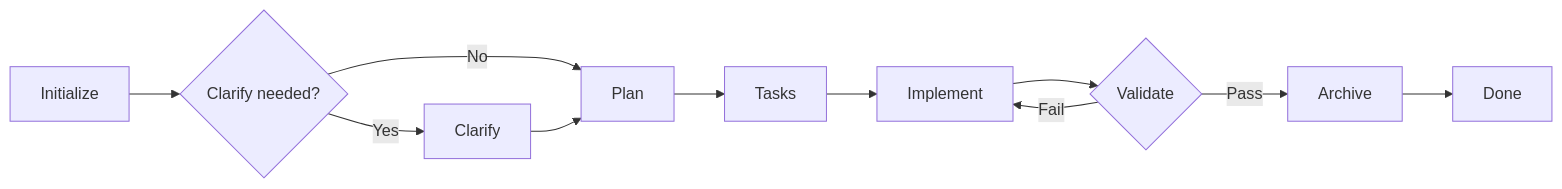
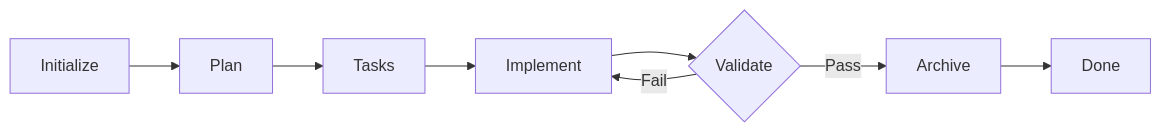
Before and after one commit to adeonir/agent-skills: the diagram in skills/(development)/spec-driven/README.md, drawn with Mermaid. The commit also changed other lines of this file and 20 other files, not shown here.

````diff
--- a/skills/(development)/spec-driven/README.md
+++ b/skills/(development)/spec-driven/README.md
@@ -9,13 +9,10 @@
 ```mermaid
 flowchart LR
-    A[Initialize] --> B{Clarify needed?}
-    B -->|Yes| C[Clarify]
-    B -->|No| D[Plan]
-    C --> D
+    A[Initialize] --> D[Plan]
     D --> E[Tasks]
     E --> F[Implement]
     F --> G{Validate}
     G -->|Pass| H[Archive]
     G -->|Fail| F
     H --> I[Done]
 ```
````
